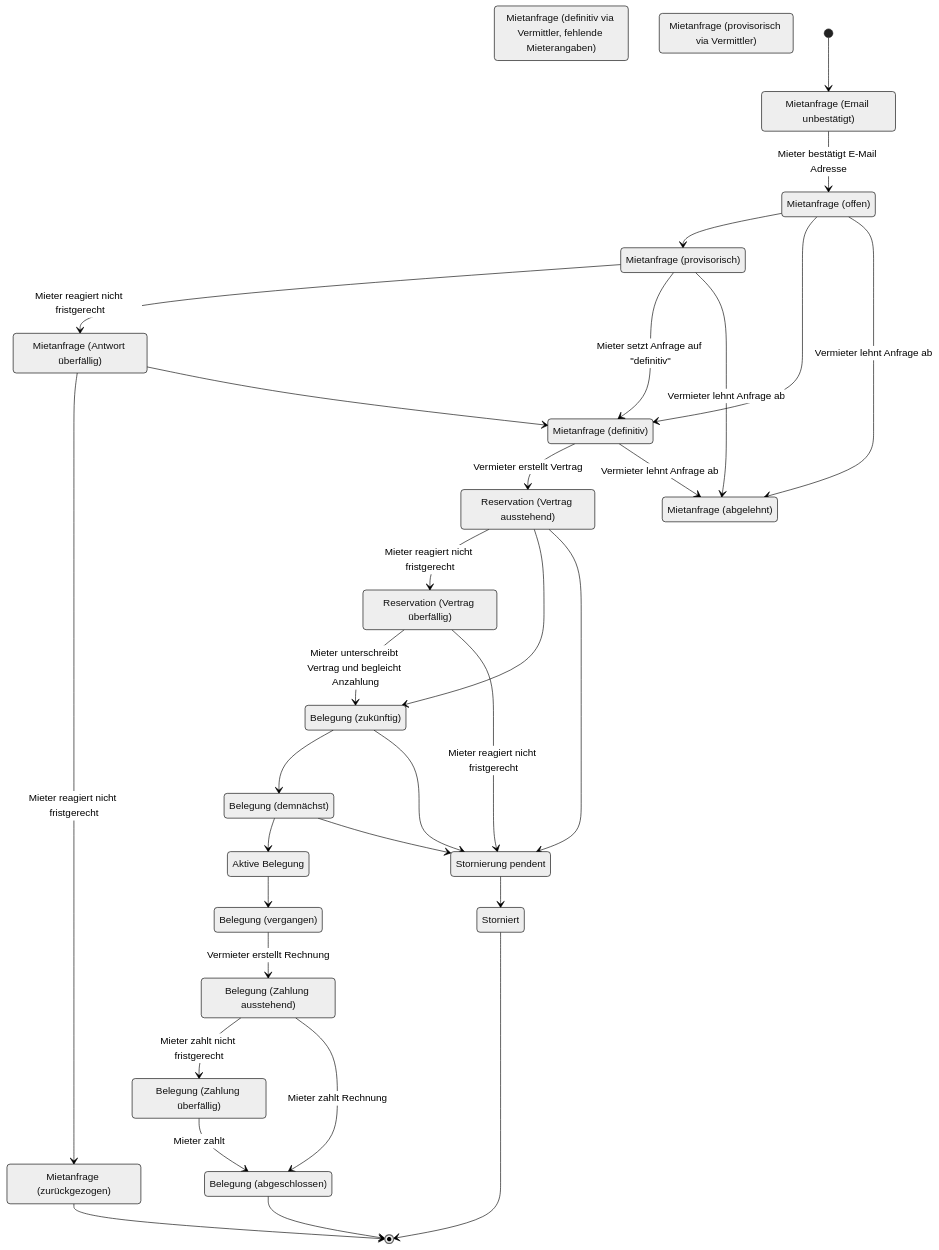
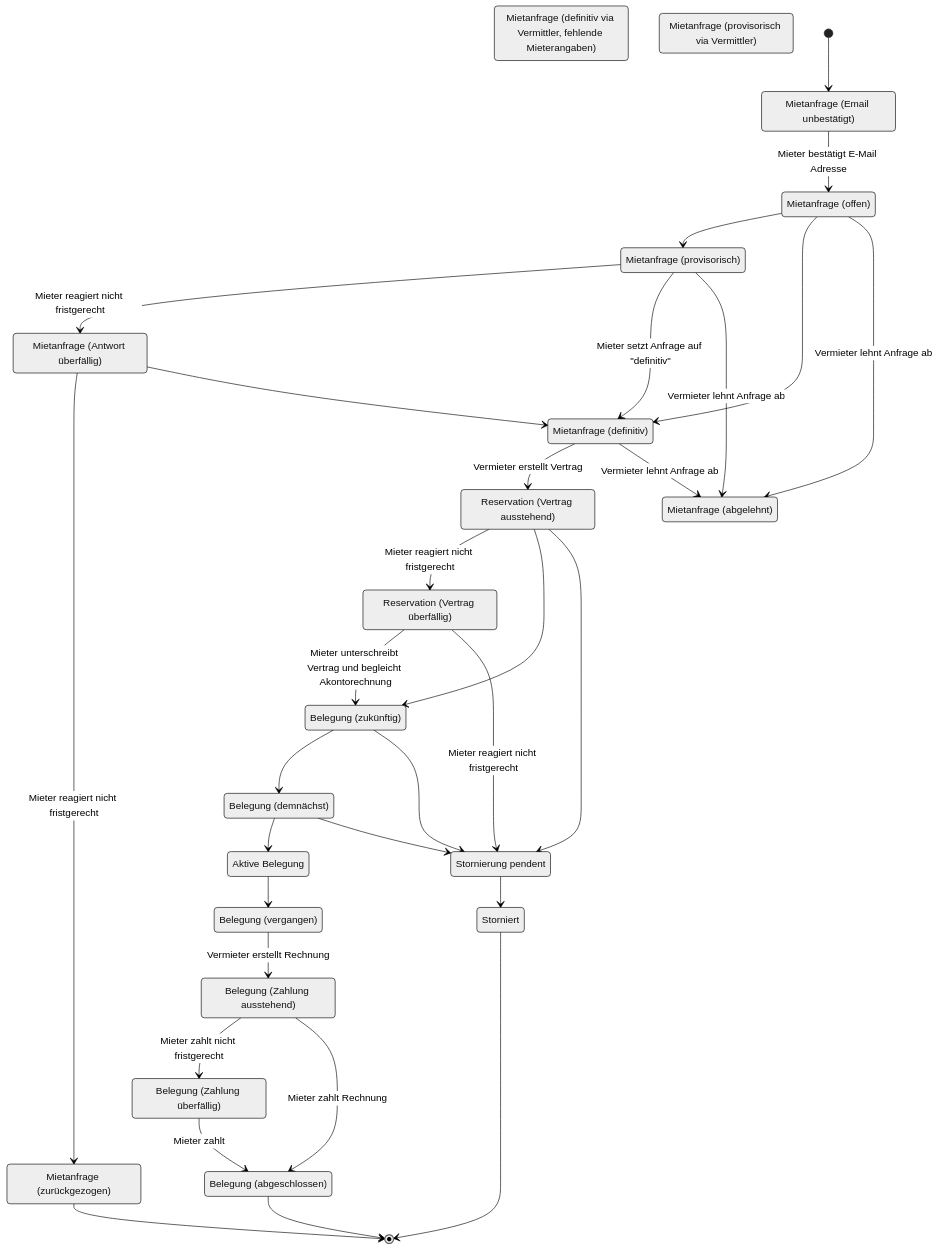
Before and after one commit to diegosteiner/heimv: the diagram in docs/states.mmd, drawn with Mermaid (neutral theme). The commit also changed 11 other files, not shown here.

```diff
--- a/docs/states.mmd
+++ b/docs/states.mmd
@@ -1,53 +1,53 @@
 stateDiagram-v2
   active: Aktive Belegung
   awaiting_contract: Reservation (Vertrag ausstehend)
   awaiting_tenant: Mietanfrage (definitiv via Vermittler, fehlende Mieterangaben)
   booking_agent_request: Mietanfrage (provisorisch via Vermittler)
   cancelation_pending: Stornierung pendent
   cancelled: Storniert
   cancelled_request: Mietanfrage (zurückgezogen)
   completed: Belegung (abgeschlossen)
   declined_request: Mietanfrage (abgelehnt)
   definitive_request: Mietanfrage (definitiv)
   open_request: Mietanfrage (offen)
   overdue: Reservation (Vertrag überfällig)
   overdue_request: Mietanfrage (Antwort überfällig)
   past: Belegung (vergangen)
   payment_due: Belegung (Zahlung ausstehend)
   payment_overdue: Belegung (Zahlung überfällig)
   provisional_request: Mietanfrage (provisorisch)
   unconfirmed_request: Mietanfrage (Email unbestätigt)
   upcoming: Belegung (zukünftig)
   upcoming_soon: Belegung (demnächst)
 
 
   [*] --> unconfirmed_request
   unconfirmed_request --> open_request: Mieter bestätigt E-Mail Adresse
   open_request --> provisional_request
   open_request --> definitive_request
   open_request --> declined_request: Vermieter lehnt Anfrage ab
   provisional_request --> overdue_request: Mieter reagiert nicht fristgerecht
   provisional_request --> definitive_request: Mieter setzt Anfrage auf "definitiv"
   provisional_request --> declined_request: Vermieter lehnt Anfrage ab
   definitive_request --> awaiting_contract: Vermieter erstellt Vertrag 
   definitive_request --> declined_request: Vermieter lehnt Anfrage ab
   overdue_request --> cancelled_request: Mieter reagiert nicht fristgerecht
   overdue_request --> definitive_request
   cancelled_request --> [*]
   awaiting_contract --> overdue: Mieter reagiert nicht fristgerecht
-  overdue --> upcoming: Mieter unterschreibt Vertrag und begleicht Anzahlung
+  overdue --> upcoming: Mieter unterschreibt Vertrag und begleicht Akontorechnung
   overdue --> cancelation_pending: Mieter reagiert nicht fristgerecht
   awaiting_contract --> upcoming
   awaiting_contract --> cancelation_pending
   upcoming --> upcoming_soon
   upcoming --> cancelation_pending
   upcoming_soon --> active
   upcoming_soon --> cancelation_pending
   active --> past
   past --> payment_due: Vermieter erstellt Rechnung
   payment_due --> payment_overdue: Mieter zahlt nicht fristgerecht
   payment_due --> completed: Mieter zahlt Rechnung
   payment_overdue --> completed: Mieter zahlt
   completed --> [*]
   cancelation_pending --> cancelled
   cancelled --> [*]
```
